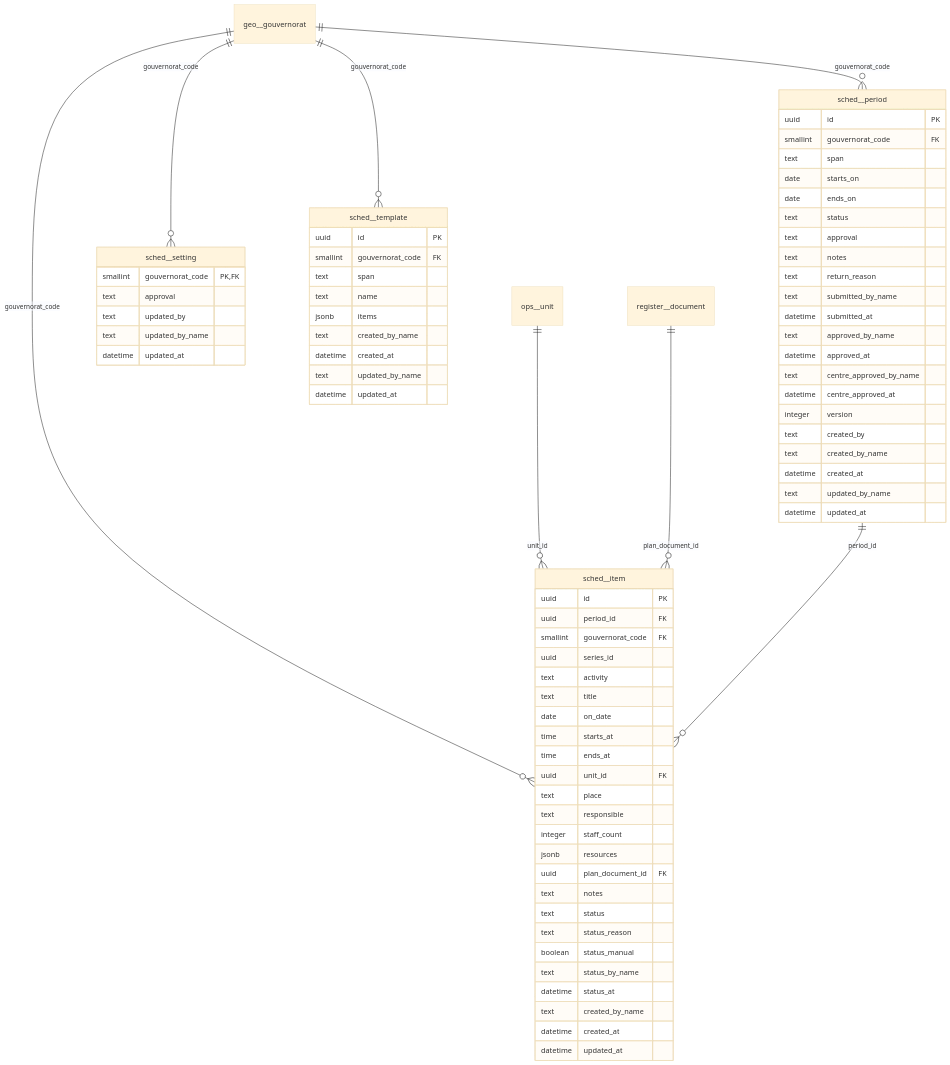
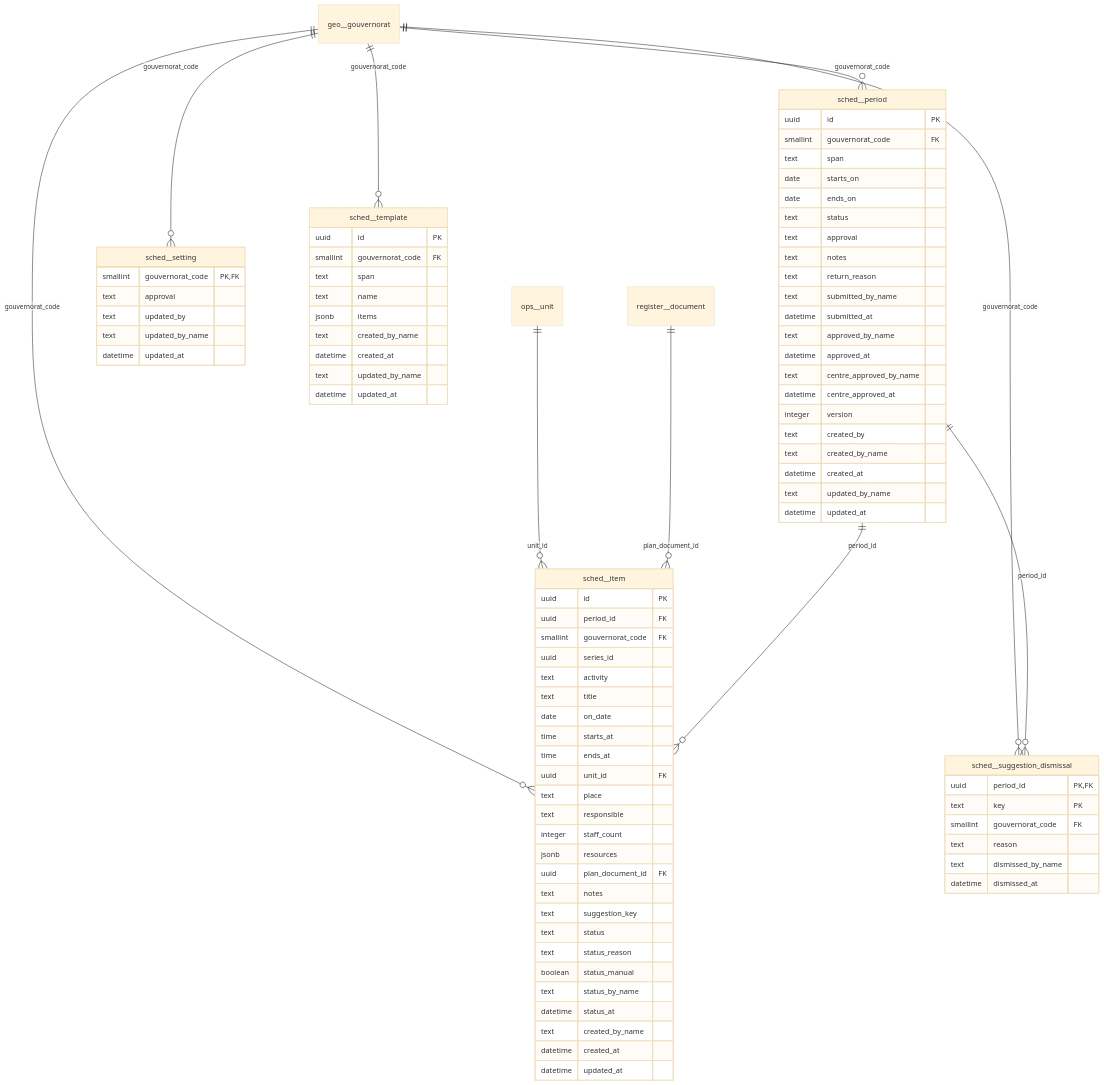
Before and after one commit to mouhabouk/E-HIMAYA: diagram 28 of 31 in docs/erd.md, drawn with Mermaid (base theme). The commit also changed other lines of this file and 8 other files, not shown here.

First line of the commit message:
L5c: completion anomaly test, the date bound fixed, the model cards in the accessibility scan, OpenAPI, ERD and the design notes

````diff
--- a/docs/erd.md
+++ b/docs/erd.md
@@ -2800,6 +2842,7 @@
         jsonb resources
         uuid plan_document_id FK
         text notes
+        text suggestion_key
         text status
         text status_reason
         boolean status_manual
@@ -2839,6 +2882,14 @@
         text updated_by_name
         datetime updated_at
     }
+    sched__suggestion_dismissal {
+        uuid period_id PK,FK
+        text key PK
+        smallint gouvernorat_code FK
+        text reason
+        text dismissed_by_name
+        datetime dismissed_at
+    }
     sched__template {
         uuid id PK
         smallint gouvernorat_code FK
@@ -2853,8 +2904,10 @@
     geo__gouvernorat ||--o{ sched__item : "gouvernorat_code"
     geo__gouvernorat ||--o{ sched__period : "gouvernorat_code"
     geo__gouvernorat ||--o{ sched__setting : "gouvernorat_code"
+    geo__gouvernorat ||--o{ sched__suggestion_dismissal : "gouvernorat_code"
     geo__gouvernorat ||--o{ sched__template : "gouvernorat_code"
     ops__unit ||--o{ sched__item : "unit_id"
     register__document ||--o{ sched__item : "plan_document_id"
     sched__period ||--o{ sched__item : "period_id"
+    sched__period ||--o{ sched__suggestion_dismissal : "period_id"
 ```
````
